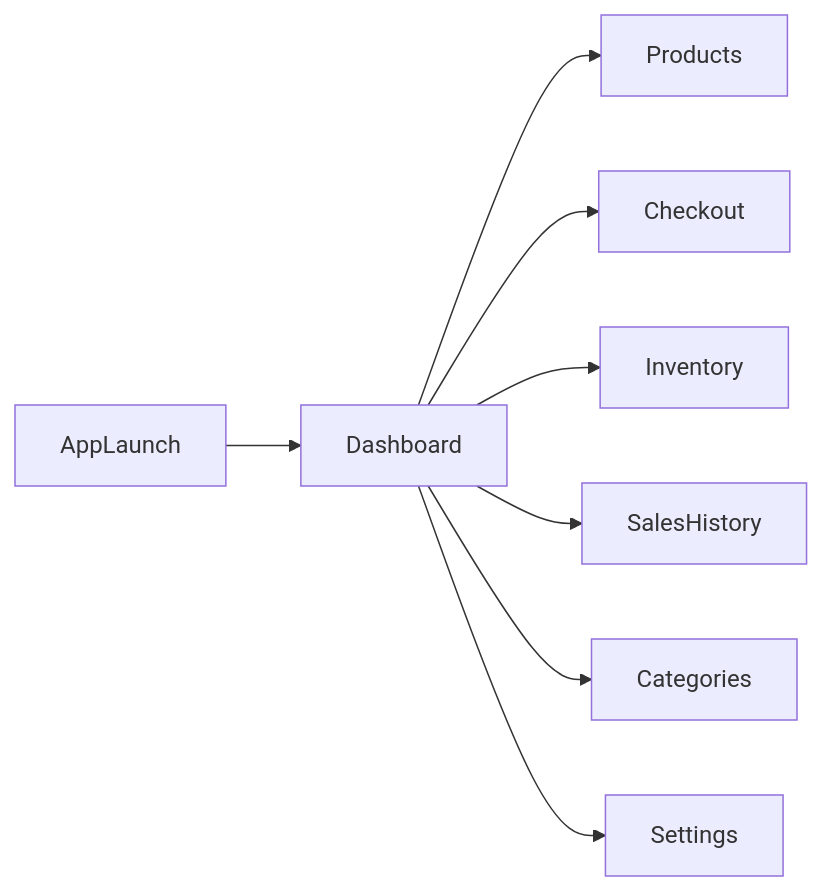
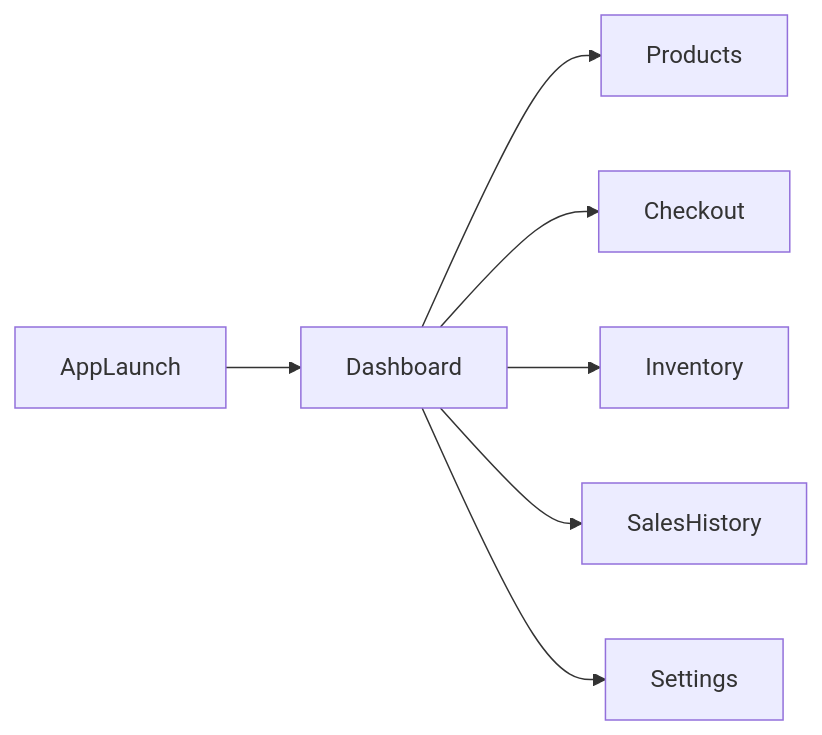
Before and after one commit to mozaikuu/Full_Cashier_System: the third of 3 diagrams in Implementation.md, drawn with Mermaid. The commit also changed other lines of this file and 21 other files, not shown here.

````diff
--- a/Implementation.md
+++ b/Implementation.md
@@ -187,10 +182,9 @@
 ```mermaid
 flowchart LR
     AppLaunch --> Dashboard
     Dashboard --> Products
     Dashboard --> Checkout
     Dashboard --> Inventory
     Dashboard --> SalesHistory
-    Dashboard --> Categories
     Dashboard --> Settings
 ```
````
